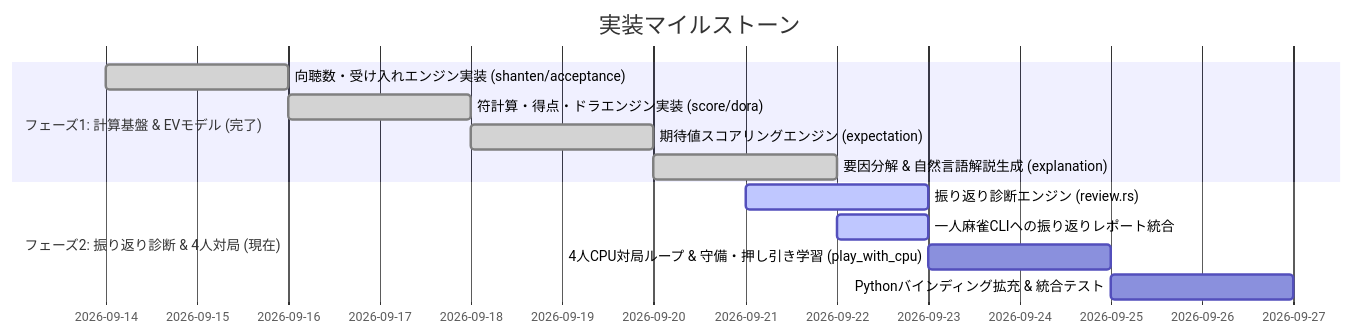
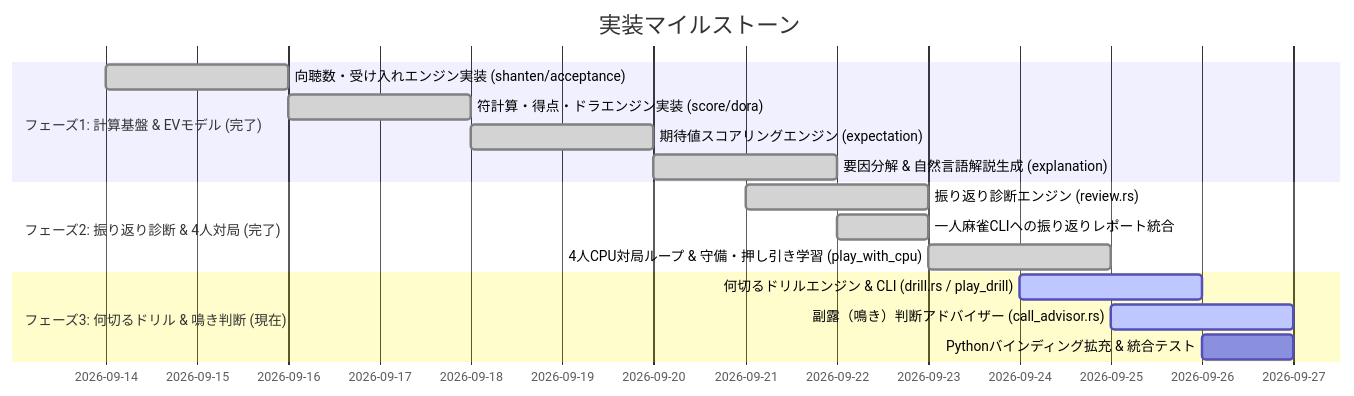
Before and after one commit to applyuser160/mahjong-definition: the seventh of 7 diagrams in docs/design/expectation-learning-tool.md, drawn with Mermaid. The commit also changed other lines of this file and 1 other file, not shown here.

Commit message:
docs: add requirements and design for drill mode and call advisor

````diff
--- a/docs/design/expectation-learning-tool.md
+++ b/docs/design/expectation-learning-tool.md
@@ -257,15 +316,18 @@
 ```mermaid
 gantt
     title 実装マイルストーン
     dateFormat  YYYY-MM-DD
     section フェーズ1: 計算基盤 & EVモデル (完了)
     向聴数・受け入れエンジン実装 (shanten/acceptance) :done, 2026-09-14, 2d
     符計算・得点・ドラエンジン実装 (score/dora)      :done, 2026-09-16, 2d
     期待値スコアリングエンジン (expectation)        :done, 2026-09-18, 2d
     要因分解 & 自然言語解説生成 (explanation)       :done, 2026-09-20, 2d
-    section フェーズ2: 振り返り診断 & 4人対局 (現在)
-    振り返り診断エンジン (review.rs)                :active, 2026-09-21, 2d
-    一人麻雀CLIへの振り返りレポート統合             :active, 2026-09-22, 1d
-    4人CPU対局ループ & 守備・押し引き学習 (play_with_cpu) :2026-09-23, 2d
-    Pythonバインディング拡充 & 統合テスト           :2026-09-25, 2d
+    section フェーズ2: 振り返り診断 & 4人対局 (完了)
+    振り返り診断エンジン (review.rs)                :done, 2026-09-21, 2d
+    一人麻雀CLIへの振り返りレポート統合             :done, 2026-09-22, 1d
+    4人CPU対局ループ & 守備・押し引き学習 (play_with_cpu) :done, 2026-09-23, 2d
+    section フェーズ3: 何切るドリル & 鳴き判断 (現在)
+    何切るドリルエンジン & CLI (drill.rs / play_drill) :active, 2026-09-24, 2d
+    副露（鳴き）判断アドバイザー (call_advisor.rs)  :active, 2026-09-25, 2d
+    Pythonバインディング拡充 & 統合テスト           :2026-09-26, 1d
 ```
````
